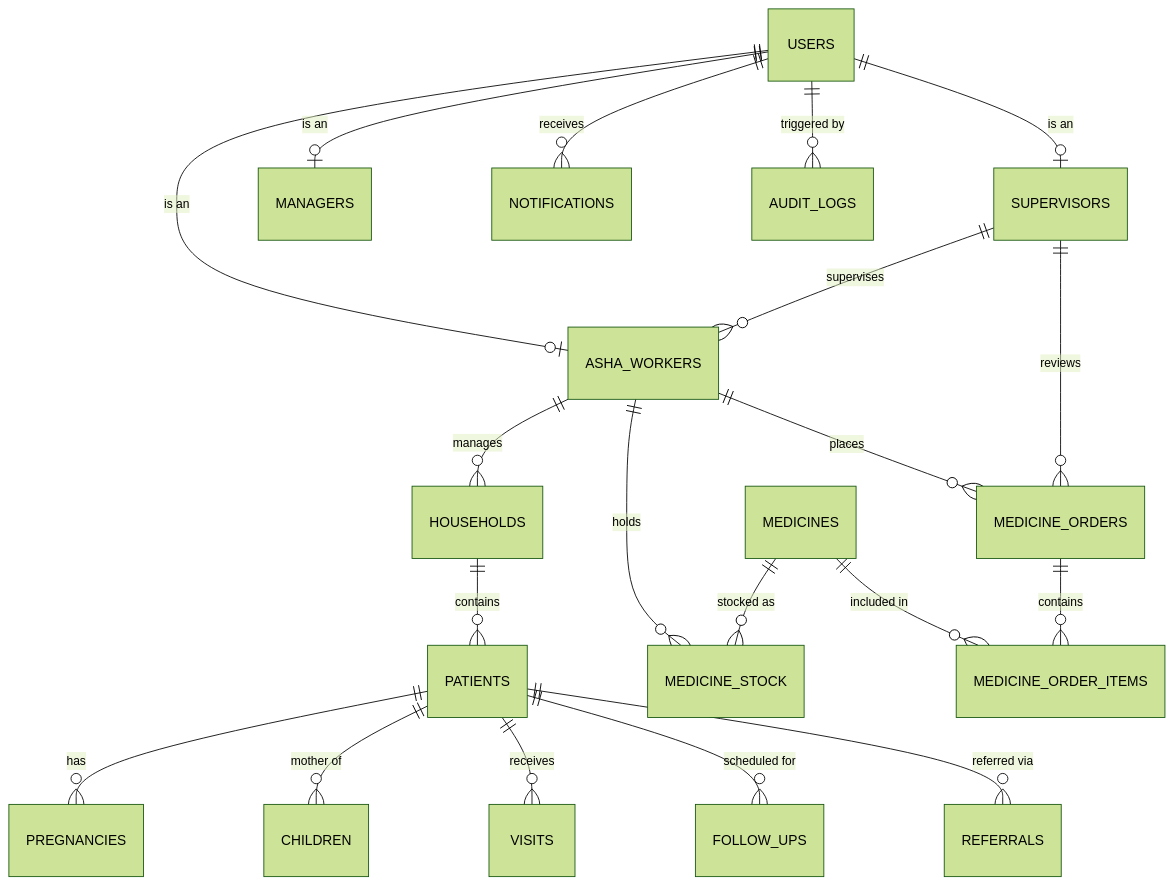
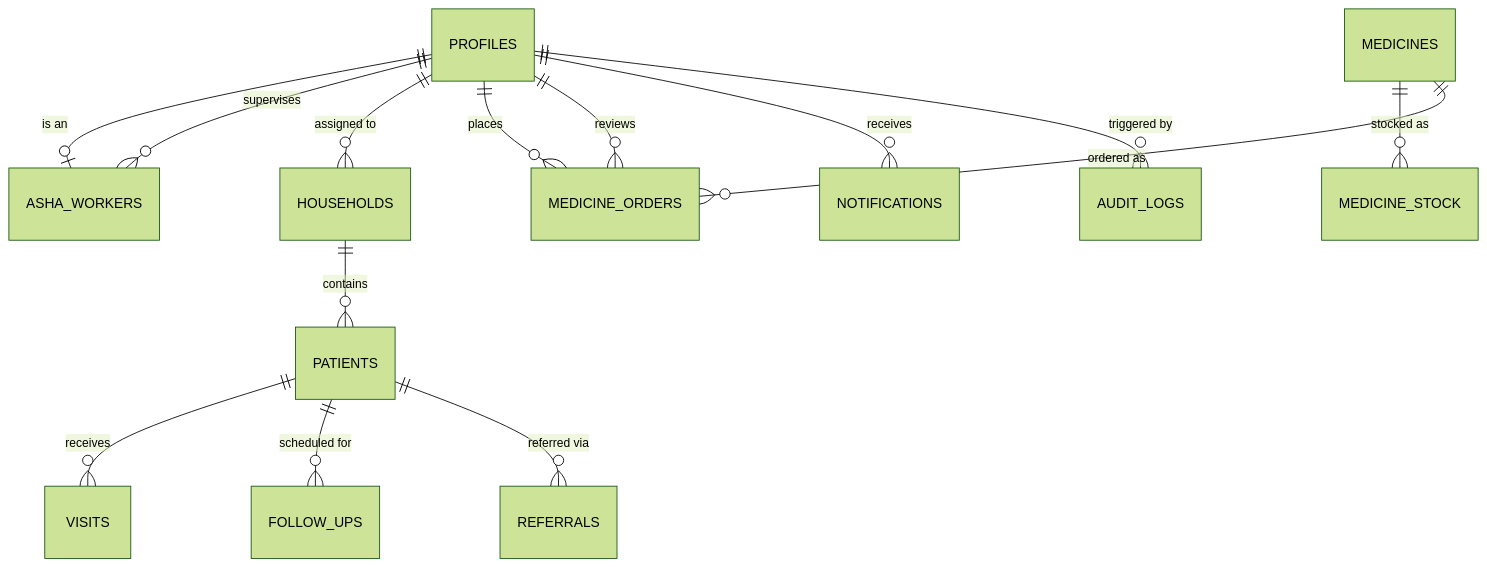
Before and after one commit to Khemraj-Sahu-9/IUR-26: the diagram in docs/database.md, drawn with Mermaid (forest theme). The commit also changed other lines of this file and 42 other files, not shown here.

Commit message:
feat(phase-1): complete foundation, database schema, RLS, auth, and E2E role tests

````diff
--- a/docs/database.md
+++ b/docs/database.md
@@ -5,26 +5,18 @@
 ```mermaid
 erDiagram
-    USERS ||--o| ASHA_WORKERS : "is an"
-    USERS ||--o| SUPERVISORS : "is an"
-    USERS ||--o| MANAGERS : "is an"
-
-    SUPERVISORS ||--o{ ASHA_WORKERS : "supervises"
-    ASHA_WORKERS ||--o{ HOUSEHOLDS : "manages"
+    PROFILES ||--o| ASHA_WORKERS : "is an"
+    PROFILES ||--o{ ASHA_WORKERS : "supervises"
+    PROFILES ||--o{ HOUSEHOLDS : "assigned to"
     HOUSEHOLDS ||--o{ PATIENTS : "contains"
-
-    PATIENTS ||--o{ PREGNANCIES : "has"
-    PATIENTS ||--o{ CHILDREN : "mother of"
     PATIENTS ||--o{ VISITS : "receives"
     PATIENTS ||--o{ FOLLOW_UPS : "scheduled for"
     PATIENTS ||--o{ REFERRALS : "referred via"
 
-    ASHA_WORKERS ||--o{ MEDICINE_STOCK : "holds"
     MEDICINES ||--o{ MEDICINE_STOCK : "stocked as"
-    ASHA_WORKERS ||--o{ MEDICINE_ORDERS : "places"
-    MEDICINES ||--o{ MEDICINE_ORDER_ITEMS : "included in"
-    MEDICINE_ORDERS ||--o{ MEDICINE_ORDER_ITEMS : "contains"
-    SUPERVISORS ||--o{ MEDICINE_ORDERS : "reviews"
+    PROFILES ||--o{ MEDICINE_ORDERS : "places"
+    MEDICINES ||--o{ MEDICINE_ORDERS : "ordered as"
+    PROFILES ||--o{ MEDICINE_ORDERS : "reviews"
 
-    USERS ||--o{ NOTIFICATIONS : "receives"
-    USERS ||--o{ AUDIT_LOGS : "triggered by"
+    PROFILES ||--o{ NOTIFICATIONS : "receives"
+    PROFILES ||--o{ AUDIT_LOGS : "triggered by"
 ```
````
